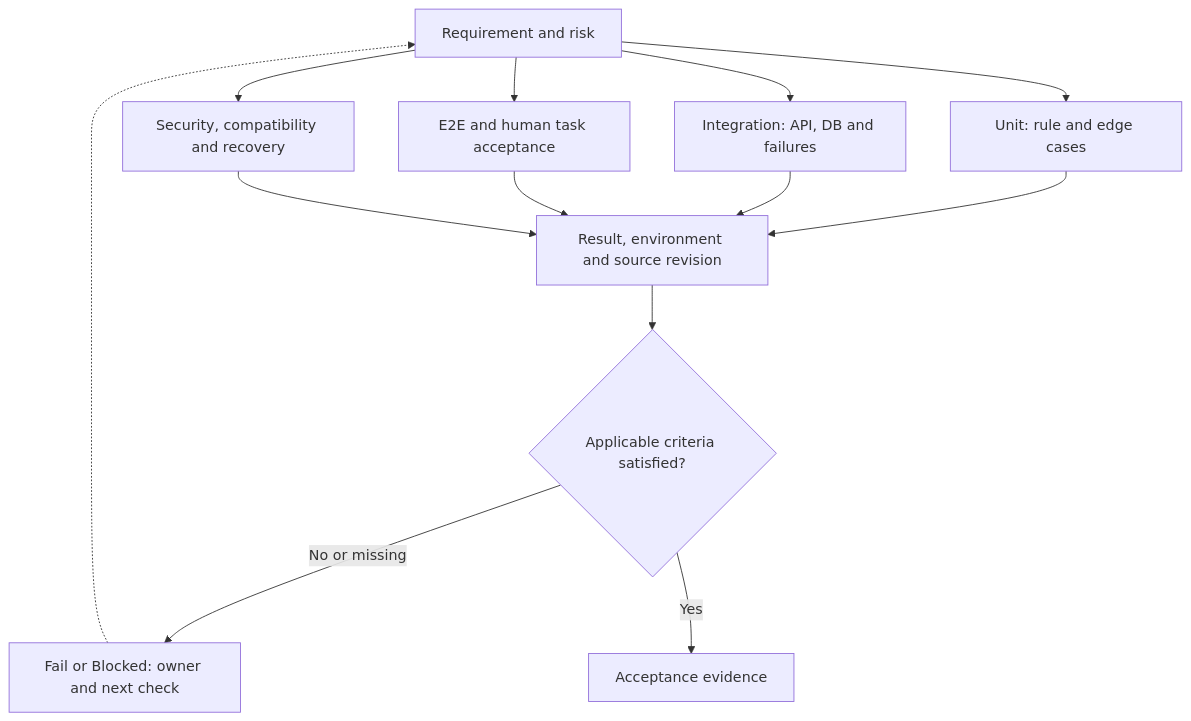
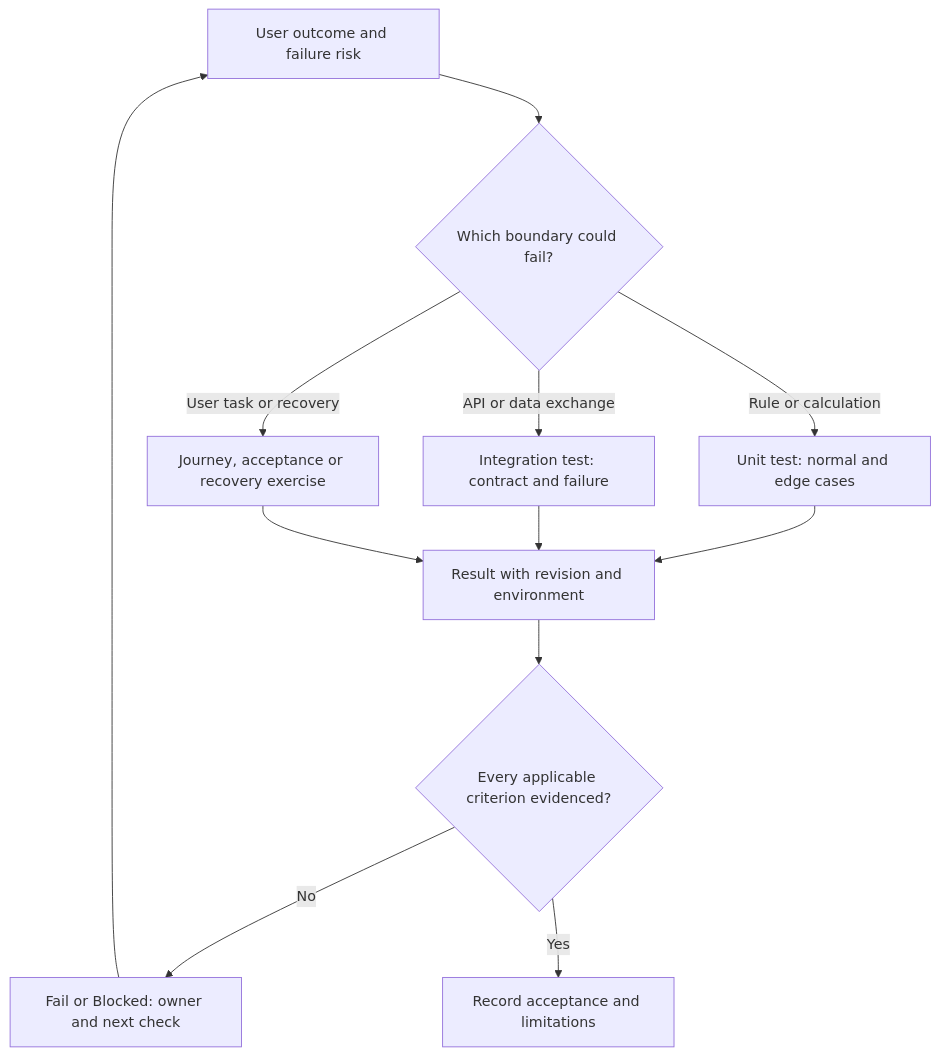
One commit to Soku-JINSEOK/Soku-Convention-Boilerplate changed the diagram in VERIFICATION_GUIDE.md. Above: the diagram before and after it, drawn with Mermaid. The commit also changed other lines of this file and 118 other files, not shown here.

First line of the commit message:
📚 docs(readability): explain every document and expand flow diagrams

````diff
--- a/VERIFICATION_GUIDE.md
+++ b/VERIFICATION_GUIDE.md
@@ -7,15 +11,14 @@
 ```mermaid
 flowchart TD
-  requirement["Requirement and risk"] --> unit["Unit: rule and edge cases"]
-  requirement --> boundary["Integration: API, DB and failures"]
-  requirement --> journey["E2E and human task acceptance"]
-  requirement --> resilience["Security, compatibility and recovery"]
-  unit --> evidence["Result, environment and source revision"]
-  boundary --> evidence
-  journey --> evidence
-  resilience --> evidence
-  evidence --> decision{"Applicable criteria satisfied?"}
-  decision -->|"No or missing"| followup["Fail or Blocked: owner and next check"]
-  decision -->|"Yes"| accepted["Acceptance evidence"]
-  followup -.-> requirement
+  requirement["User outcome and failure risk"] --> type{"Which boundary could fail?"}
+  type -->|"Rule or calculation"| unit["Unit test: normal and edge cases"]
+  type -->|"API or data exchange"| integration["Integration test: contract and failure"]
+  type -->|"User task or recovery"| acceptance["Journey, acceptance or recovery exercise"]
+  unit --> evidence["Result with revision and environment"]
+  integration --> evidence
+  acceptance --> evidence
+  evidence --> complete{"Every applicable criterion evidenced?"}
+  complete -->|"No"| missing["Fail or Blocked: owner and next check"]
+  missing --> requirement
+  complete -->|"Yes"| accepted["Record acceptance and limitations"]
 ```
````
